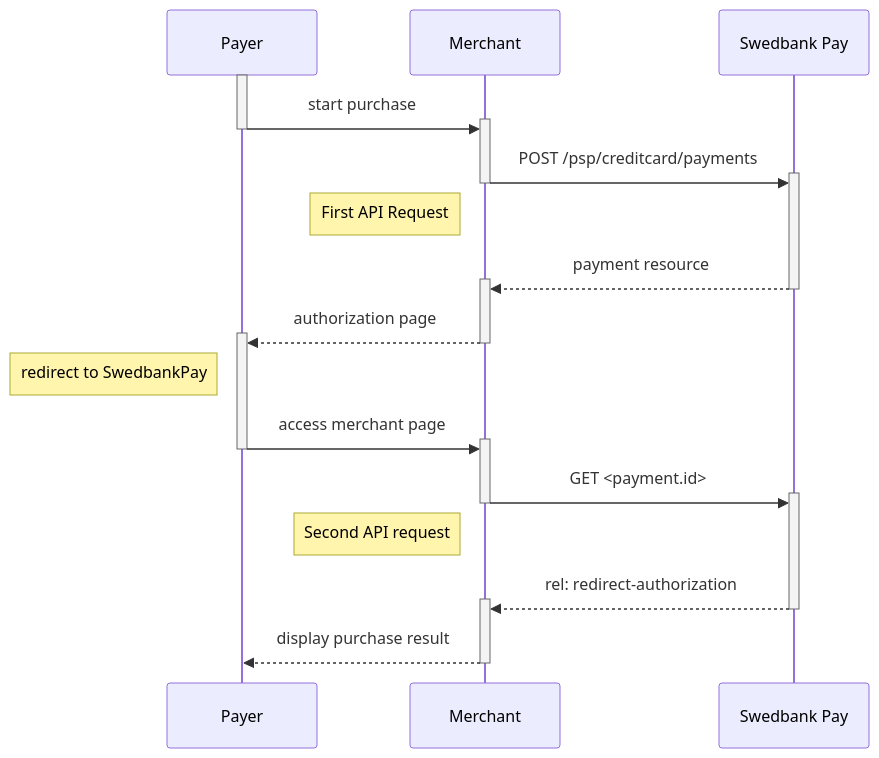
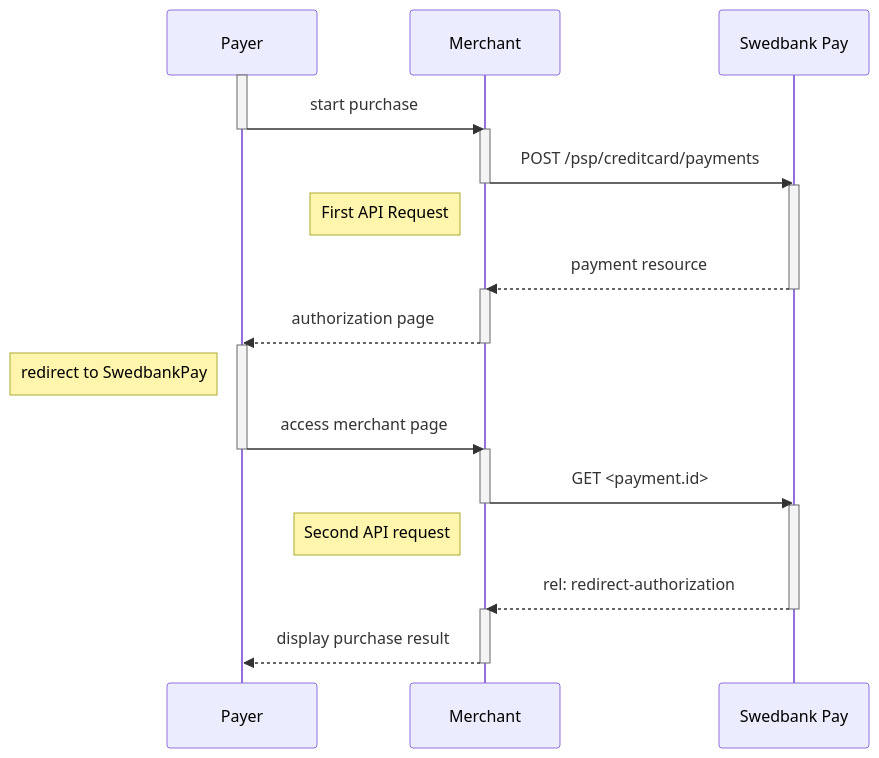
The second of 3 diagrams in payments/card/redirect.md (SwedbankPay/developer.swedbankpay.com), drawn with Mermaid before and after one commit. The commit also changed other lines of this file, not shown here.

Commit message:
DX-473 Edited redirect to be more conform to seamless-view

````diff
--- a/payments/card/redirect.md
+++ b/payments/card/redirect.md
@@ -244,26 +217,26 @@
 ```mermaid
 sequenceDiagram
     participant Payer
     participant Merchant
     participant SwedbankPay as Swedbank Pay
 
     activate Payer
-    Payer->>+Merchant: start purchase
-    deactivate Payer
-    Merchant->>+SwedbankPay: POST /psp/creditcard/payments
-    deactivate Merchant
+    Payer->>-Merchant: start purchase
+    activate Merchant
+    Merchant->>-SwedbankPay: POST /psp/creditcard/payments
+    activate SwedbankPay
     note left of Merchant: First API Request
-    SwedbankPay-->>+Merchant: payment resource
-    deactivate SwedbankPay
-    Merchant-->>+Payer: authorization page
-    deactivate Merchant
+    SwedbankPay-->>-Merchant: payment resource
+    activate Merchant
+    Merchant-->>-Payer: authorization page
+    activate Payer
     note left of Payer: redirect to SwedbankPay
-    Payer->>+Merchant: access merchant page
-    deactivate Payer
-    Merchant->>+SwedbankPay: GET <payment.id>
-    deactivate Merchant
+    Payer->>-Merchant: access merchant page
+    activate Merchant
+    Merchant->>-SwedbankPay: GET <payment.id>
+    activate SwedbankPay
     note left of Merchant: Second API request
-    SwedbankPay-->>+Merchant: rel: redirect-authorization
-    deactivate SwedbankPay
+    SwedbankPay-->>-Merchant: rel: redirect-authorization
+    activate Merchant
     Merchant-->>-Payer: display purchase result
 ```
````
